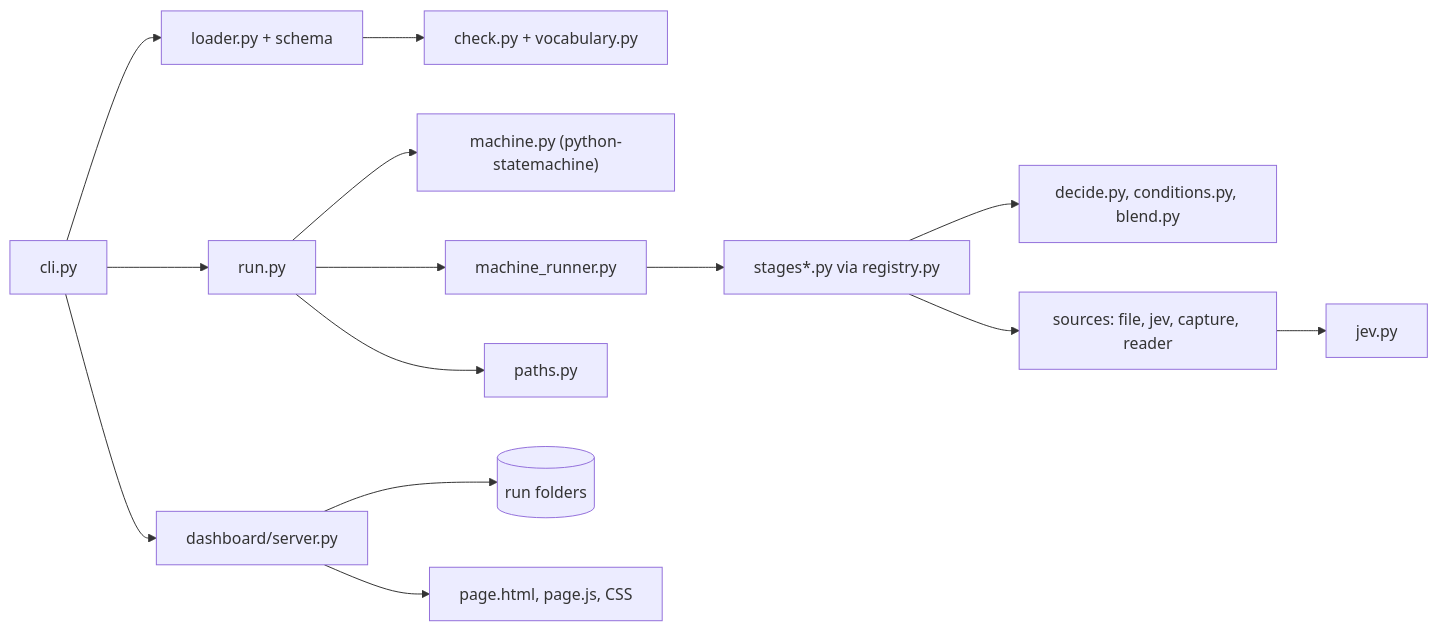
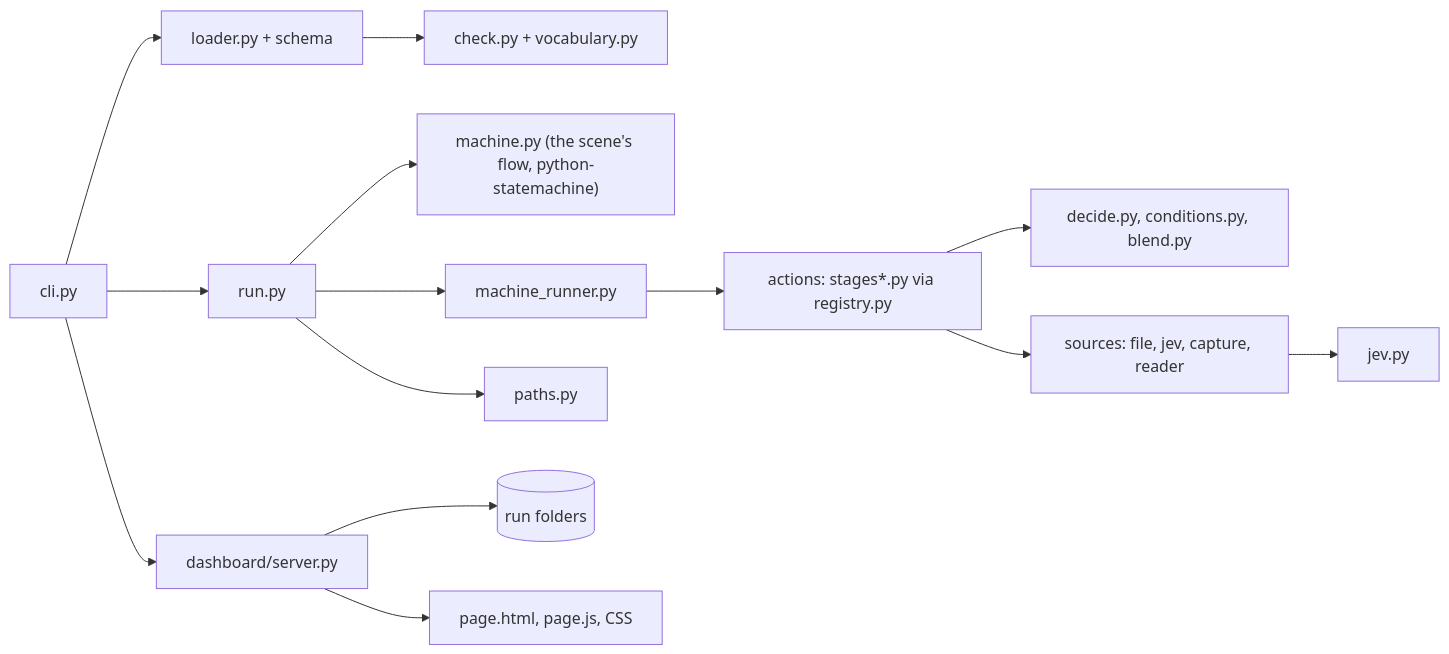
The second of 2 diagrams in docs/ARCH.md (drusifer/understudy), drawn with Mermaid before and after one commit. The commit also changed other lines of this file and 8 other files, not shown here.

````diff
--- a/docs/ARCH.md
+++ b/docs/ARCH.md
@@ -36,16 +36,16 @@
 ```mermaid
 graph LR
     CLI["cli.py"] --> Loader["loader.py + schema"]
     Loader --> Check["check.py + vocabulary.py"]
     CLI --> Run["run.py"]
-    Run --> Machine["machine.py (python-statemachine)"]
+    Run --> Machine["machine.py (the scene's flow, python-statemachine)"]
     Run --> Runner["machine_runner.py"]
-    Runner --> Stages["stages*.py via registry.py"]
+    Runner --> Stages["actions: stages*.py via registry.py"]
     Stages --> Decide["decide.py, conditions.py, blend.py"]
     Stages --> Sources["sources: file, jev, capture, reader"]
     Sources --> Jev["jev.py"]
     Run --> Paths["paths.py"]
     CLI --> Server["dashboard/server.py"]
     Server --> RunFiles[("run folders")]
     Server --> Page["page.html, page.js, CSS"]
 ```
````
